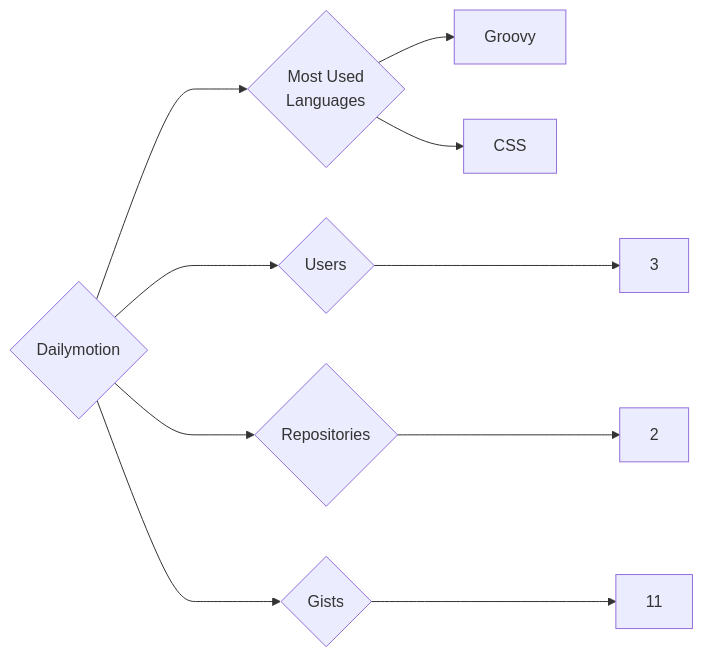
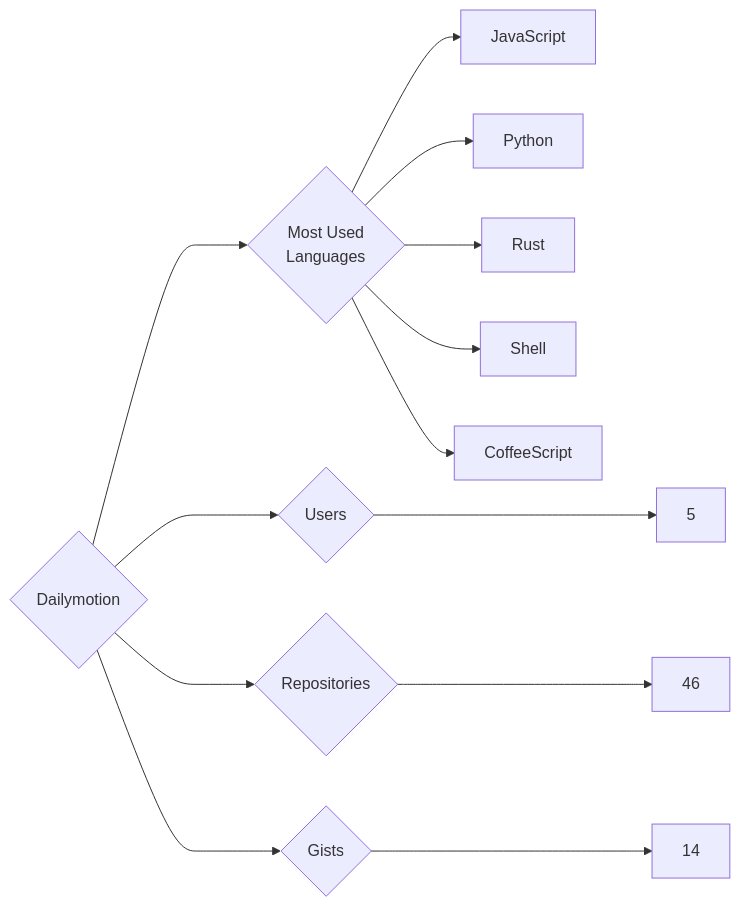
Before and after one commit to trickest/insiders: the diagram in targets/Dailymotion/README.md, drawn with Mermaid. The commit also changed 1055 other files, not shown here.

````diff
--- a/targets/Dailymotion/README.md
+++ b/targets/Dailymotion/README.md
@@ -3,10 +3,13 @@
 ```mermaid
 graph LR
 COMPANY_NAME{Dailymotion}
-COMPANY_NAME ---> U{Users} ---> UN[3]
-COMPANY_NAME ---> R{Repositories} ---> RN[2]
-COMPANY_NAME ---> G{Gists} ---> GN[11]
+COMPANY_NAME ---> U{Users} ---> UN[5]
+COMPANY_NAME ---> R{Repositories} ---> RN[46]
+COMPANY_NAME ---> G{Gists} ---> GN[14]
 COMPANY_NAME ---> ML{Most Used<br>Languages}
-ML --> Groovy[Groovy]
-ML --> CSS[CSS]
+ML --> JavaScript[JavaScript]
+ML --> Python[Python]
+ML --> Rust[Rust]
+ML --> Shell[Shell]
+ML --> CoffeeScript[CoffeeScript]
 ```
````
